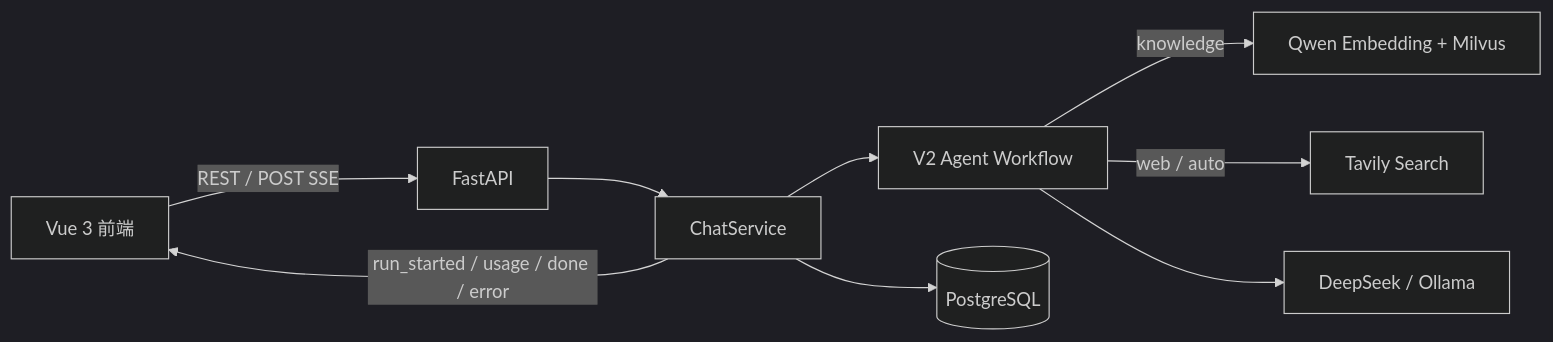
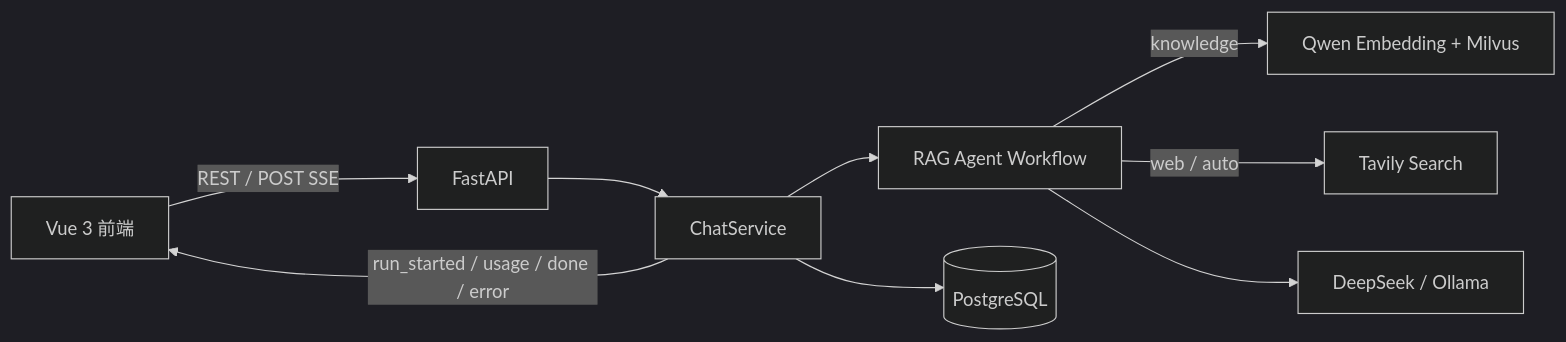
Before and after one commit to Yu050318/learning-qa-assistant: the diagram in README.md, drawn with Mermaid (dark theme). The commit also changed other lines of this file and 22 other files, not shown here.

````diff
--- a/README.md
+++ b/README.md
@@ -35,11 +35,11 @@
 ```mermaid
 flowchart LR
     UI[Vue 3 前端] -->|REST / POST SSE| API[FastAPI]
     API --> CHAT[ChatService]
-    CHAT --> AGENT[V2 Agent Workflow]
+    CHAT --> AGENT[RAG Agent Workflow]
     AGENT -->|knowledge| RETRIEVE[Qwen Embedding + Milvus]
     AGENT -->|web / auto| WEB[Tavily Search]
     AGENT --> MODEL[DeepSeek / Ollama]
     CHAT --> DB[(PostgreSQL)]
     CHAT -->|run_started / usage / done / error| UI
 ```
````
